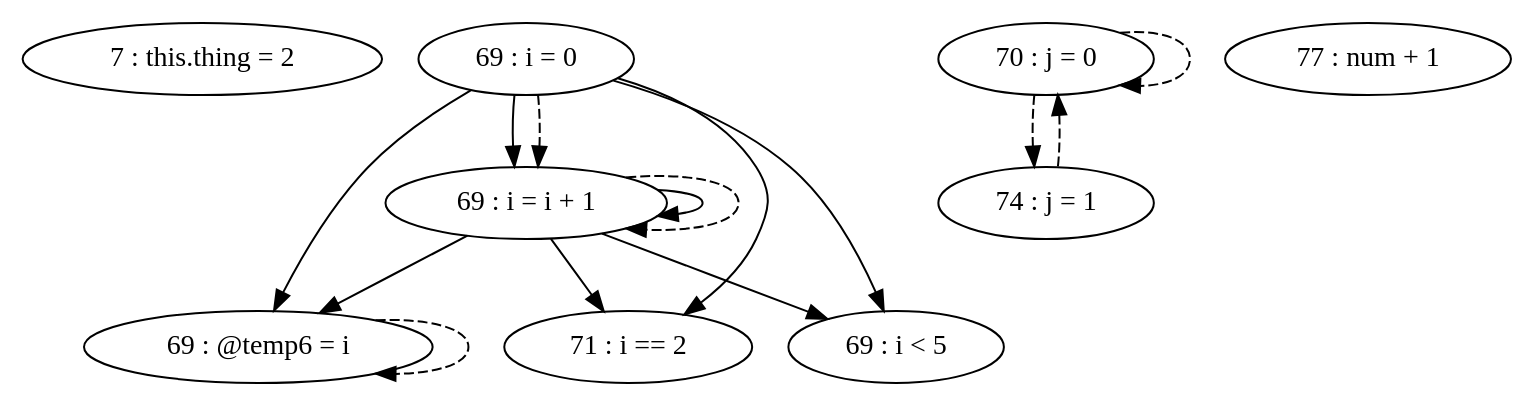
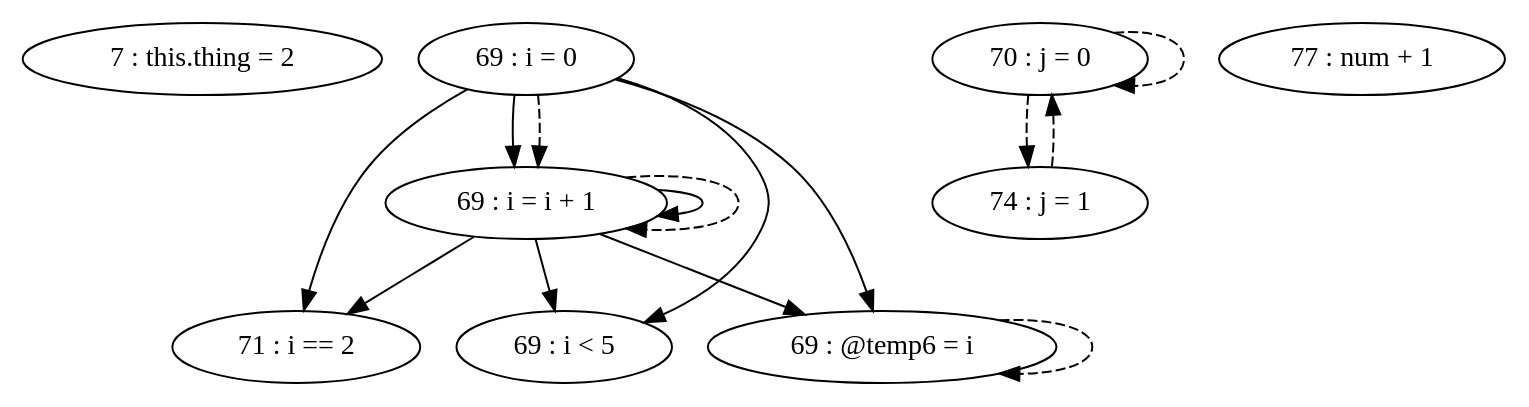
Before and after one commit to thomassimko/thesis-code-duplication: the diagram in pdg/source/testFile-getNum.gv, drawn with Graphviz. The commit also changed other lines of this file and 61 other files, not shown here.

```diff
--- a/pdg/source/testFile-getNum.gv
+++ b/pdg/source/testFile-getNum.gv
@@ -1,25 +1,25 @@
 digraph G {
 "7 : this.thing = 2"
 "69 : i = 0"
+"69 : i = 0" -> "69 : i = i + 1"
+"69 : i = 0" -> "71 : i == 2"
+"69 : i = 0" -> "69 : i < 5"
 "69 : i = 0" -> "69 : @temp6 = i"
-"69 : i = 0" -> "71 : i == 2"
-"69 : i = 0" -> "69 : i = i + 1"
-"69 : i = 0" -> "69 : i < 5"
 "69 : i = 0" -> "69 : i = i + 1" [style=dashed]
 "69 : i < 5"
 "70 : j = 0"
 "70 : j = 0" -> "74 : j = 1" [style=dashed]
 "70 : j = 0" -> "70 : j = 0" [style=dashed]
 "71 : i == 2"
 "77 : num + 1"
 "74 : j = 1"
 "74 : j = 1" -> "70 : j = 0" [style=dashed]
 "69 : @temp6 = i"
 "69 : @temp6 = i" -> "69 : @temp6 = i" [style=dashed]
 "69 : i = i + 1"
+"69 : i = i + 1" -> "69 : i = i + 1"
+"69 : i = i + 1" -> "71 : i == 2"
+"69 : i = i + 1" -> "69 : i < 5"
 "69 : i = i + 1" -> "69 : @temp6 = i"
-"69 : i = i + 1" -> "71 : i == 2"
-"69 : i = i + 1" -> "69 : i = i + 1"
-"69 : i = i + 1" -> "69 : i < 5"
 "69 : i = i + 1" -> "69 : i = i + 1" [style=dashed]
 }
```
